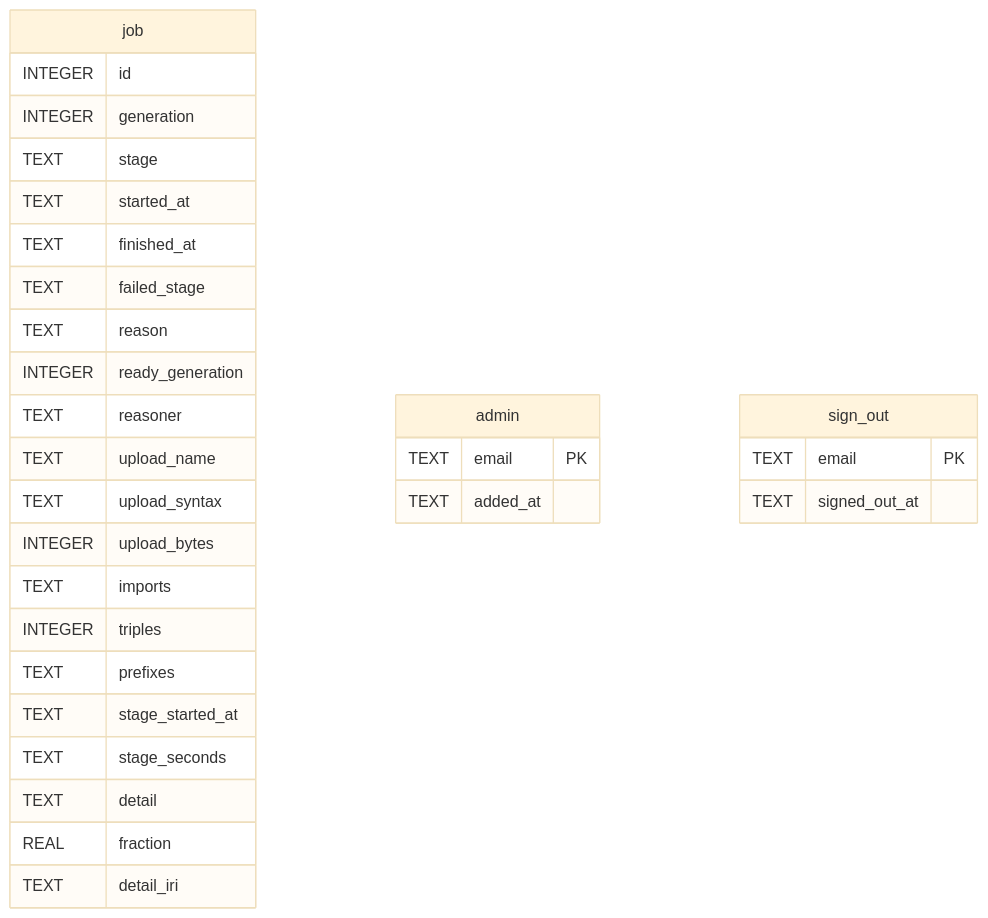
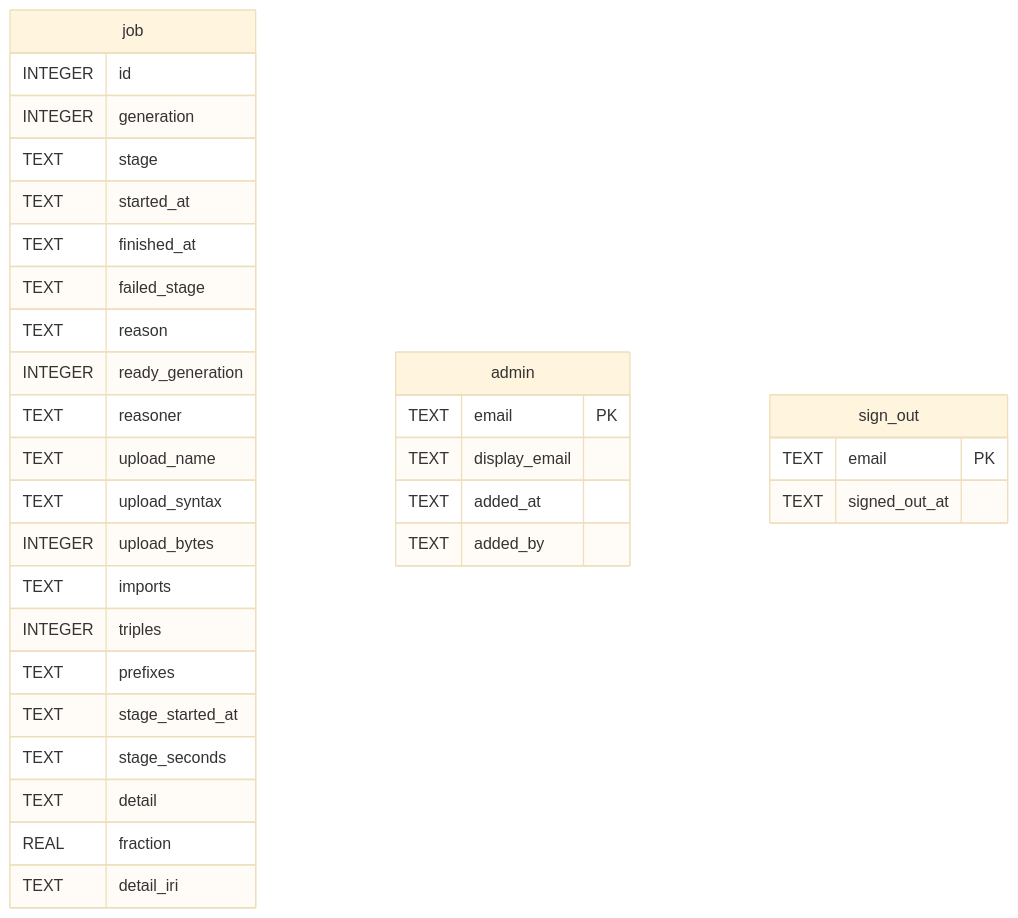
The diagram in docs/schema/state/README.md (jclerman/browl), drawn with Mermaid (base theme) before and after one commit. The commit also changed other lines of this file and 26 other files, not shown here.

````diff
--- a/docs/schema/state/README.md
+++ b/docs/schema/state/README.md
@@ -20,35 +20,37 @@
 ```mermaid
 erDiagram
 
 
 "job" {
   INTEGER id
   INTEGER generation
   TEXT stage
   TEXT started_at
   TEXT finished_at
   TEXT failed_stage
   TEXT reason
   INTEGER ready_generation
   TEXT reasoner
   TEXT upload_name
   TEXT upload_syntax
   INTEGER upload_bytes
   TEXT imports
   INTEGER triples
   TEXT prefixes
   TEXT stage_started_at
   TEXT stage_seconds
   TEXT detail
   REAL fraction
   TEXT detail_iri
 }
 "admin" {
   TEXT email PK
+  TEXT display_email
   TEXT added_at
+  TEXT added_by
 }
 "sign_out" {
   TEXT email PK
   TEXT signed_out_at
 }
 ```
````
